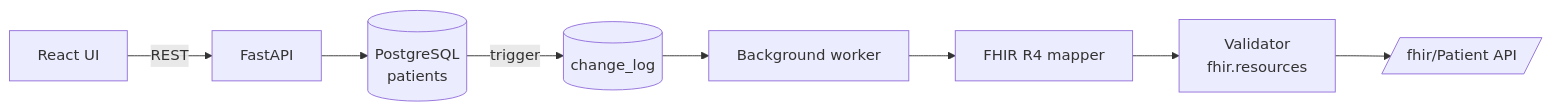
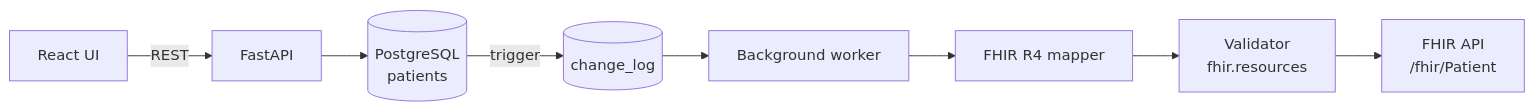
One commit to nilerudra-sys/medibridge changed the diagram in README.md. Above: the diagram before and after it, drawn with Mermaid.

Commit message:
README: quote FHIR API diagram label

````diff
--- a/README.md
+++ b/README.md
@@ -30,10 +30,10 @@
 ```mermaid
 flowchart LR
     A[React UI] -->|REST| B[FastAPI]
     B --> C[(PostgreSQL<br/>patients)]
     C -- trigger --> D[(change_log)]
     D --> E[Background worker]
     E --> F[FHIR R4 mapper]
     F --> G[Validator<br/>fhir.resources]
-    G --> H[/fhir/Patient API/]
+    G --> H["FHIR API<br/>/fhir/Patient"]
 ```
````
